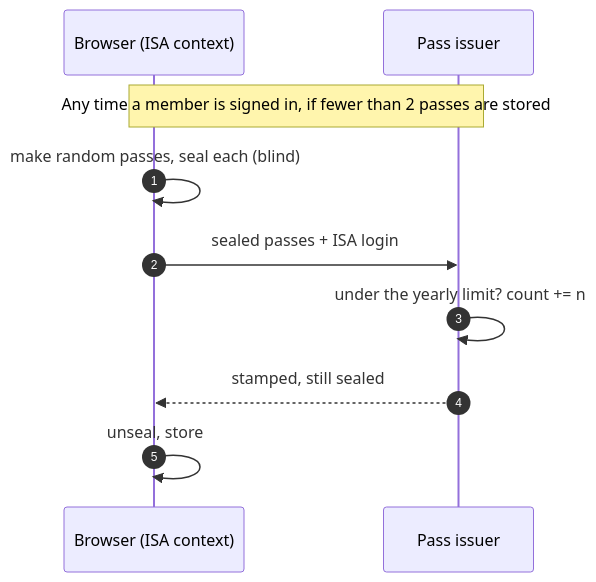
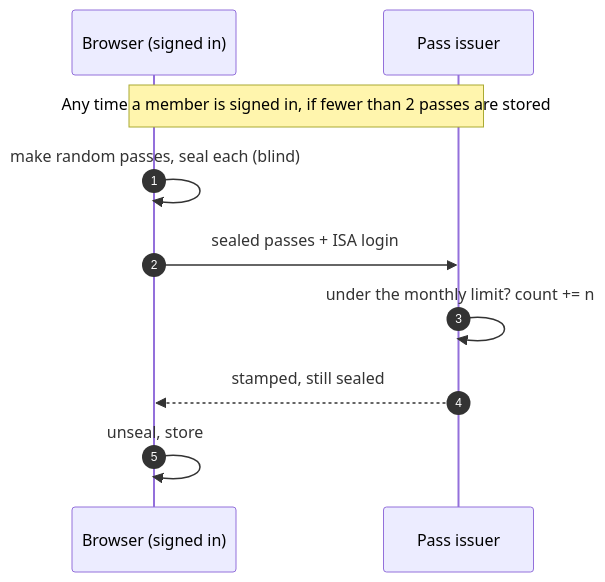
Before and after one commit to International-Slackline-Association/isa: the second of 9 diagrams in specs/slackmap-live-lines/flows.md, drawn with Mermaid. The commit also changed other lines of this file and 5 other files, not shown here.

````diff
--- a/specs/slackmap-live-lines/flows.md
+++ b/specs/slackmap-live-lines/flows.md
@@ -61,12 +57,12 @@
 ```mermaid
 sequenceDiagram
     autonumber
-    participant B as Browser (ISA context)
+    participant B as Browser (signed in)
     participant I as Pass issuer
     Note over B,I: Any time a member is signed in, if fewer than 2 passes are stored
     B->>B: make random passes, seal each (blind)
     B->>I: sealed passes + ISA login
-    I->>I: under the yearly limit? count += n
+    I->>I: under the monthly limit? count += n
     I-->>B: stamped, still sealed
     B->>B: unseal, store
 ```
````
